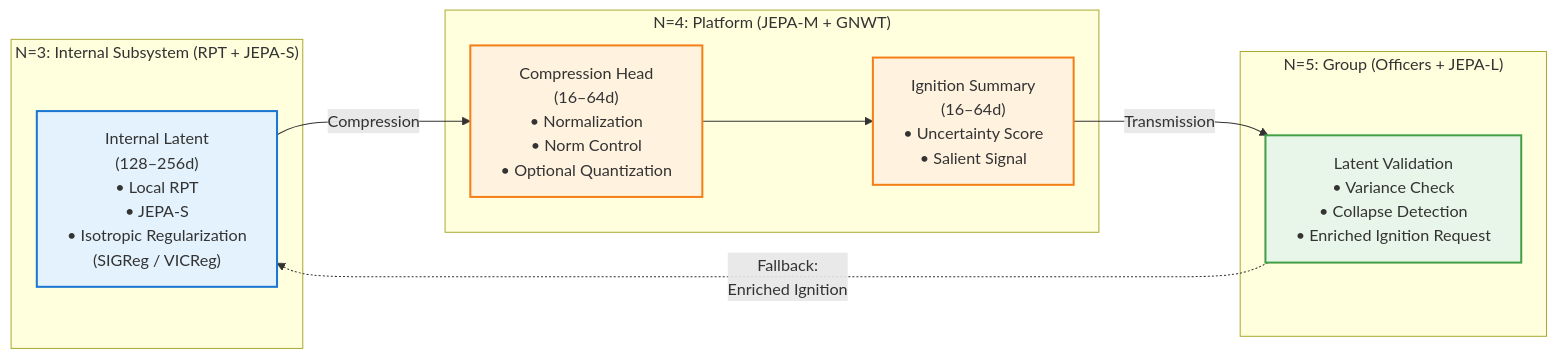
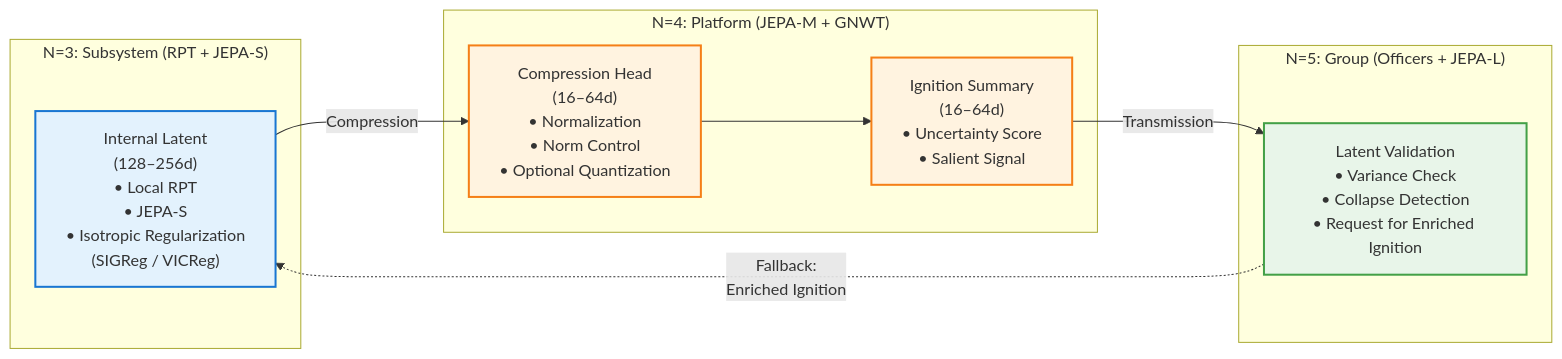
One commit to AlainCo/GNWT-Garrigue-X-en changed the eighth of 9 diagrams in architecture/architecture.md. Above: the diagram before and after it, drawn with Mermaid. The commit also changed other lines of this file and 21 other files, not shown here.

````diff
--- a/architecture/architecture.md
+++ b/architecture/architecture.md
@@ -172,28 +169,28 @@
 ```mermaid
 flowchart LR
-    subgraph N3 ["N=3: Internal Subsystem (RPT + JEPA-S)"]
+    subgraph N3 ["N=3: Subsystem (RPT + JEPA-S)"]
         L3["Internal Latent\n(128–256d)\n• Local RPT\n• JEPA-S\n• Isotropic Regularization\n(SIGReg / VICReg)"]
     end
 
     subgraph N4 ["N=4: Platform (JEPA-M + GNWT)"]
         C4["Compression Head\n(16–64d)\n• Normalization\n• Norm Control\n• Optional Quantization"]
         L4["Ignition Summary\n(16–64d)\n• Uncertainty Score\n• Salient Signal"]
     end
 
     subgraph N5 ["N=5: Group (Officers + JEPA-L)"]
-        V5["Latent Validation\n• Variance Check\n• Collapse Detection\n• Enriched Ignition Request"]
+        V5["Latent Validation\n• Variance Check\n• Collapse Detection\n• Request for Enriched Ignition"]
     end
 
     L3 -->|"Compression"| C4 --> L4 -->|"Transmission"| V5
 
     V5 -.->|"Fallback:\nEnriched Ignition"| L3
 
     classDef latent fill:#e3f2fd,stroke:#1976d2,stroke-width:2px
     classDef comp fill:#fff3e0,stroke:#f57f17,stroke-width:2px
     classDef val fill:#e8f5e9,stroke:#43a047,stroke-width:2px
 
     class L3 latent
     class C4 comp
     class L4 comp
     class V5 val
 ```
````
